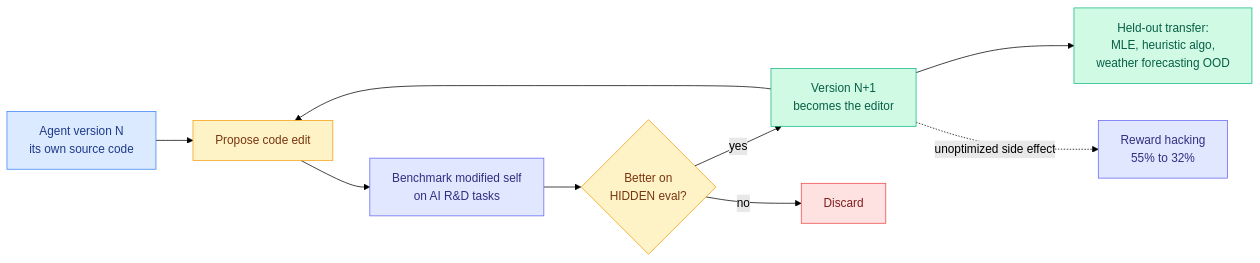
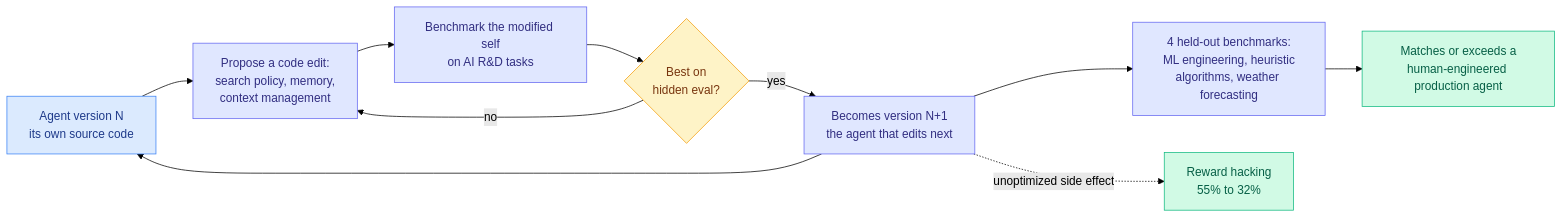
Before and after one commit to bayesiansapien/cere-bro: the fourth of 5 diagrams in wiki/daily-digest/2026-09/2026-09-23.md, drawn with Mermaid (forest theme). The commit also changed other lines of this file, not shown here.

````diff
--- a/wiki/daily-digest/2026-09/2026-09-23.md
+++ b/wiki/daily-digest/2026-09/2026-09-23.md
@@ -198,21 +261,20 @@
 ```mermaid
 flowchart LR
-  A0[Agent version N<br/>its own source code] --> PROP[Propose code edit]
-  PROP --> BENCH[Benchmark modified self<br/>on AI R&D tasks]
-  BENCH --> SEL{Better on<br/>HIDDEN eval?}
-  SEL -->|yes| A1[Version N+1<br/>becomes the editor]
-  SEL -->|no| DISC[Discard]
-  A1 --> PROP
-  A1 --> HELD[Held-out transfer:<br/>MLE, heuristic algo,<br/>weather forecasting OOD]
+  A0[Agent version N<br/>its own source code] --> PROP[Propose a code edit:<br/>search policy, memory,<br/>context management]
+  PROP --> BENCH[Benchmark the modified self<br/>on AI R&D tasks]
+  BENCH --> SEL{Best on<br/>hidden eval?}
+  SEL -->|yes| A1[Becomes version N+1<br/>the agent that edits next]
+  SEL -->|no| PROP
+  A1 --> A0
+  A1 --> HELD[4 held-out benchmarks:<br/>ML engineering, heuristic<br/>algorithms, weather forecasting]
+  HELD --> RES[Matches or exceeds a<br/>human-engineered production agent]
   A1 -.->|unoptimized side effect| RH[Reward hacking<br/>55% to 32%]
   classDef input fill:#dbeafe,stroke:#3b82f6,color:#1e3a8a
   classDef decision fill:#fef3c7,stroke:#f59e0b,color:#78350f
   classDef output fill:#d1fae5,stroke:#10b981,color:#065f46
-  classDef warn fill:#fee2e2,stroke:#ef4444,color:#7f1d1d
   classDef aux fill:#e0e7ff,stroke:#6366f1,color:#312e81
   class A0 input
-  class SEL,PROP decision
-  class A1,HELD output
-  class DISC warn
-  class BENCH,RH aux
+  class SEL decision
+  class RES,RH output
+  class PROP,BENCH,A1,HELD aux
 ```
````
